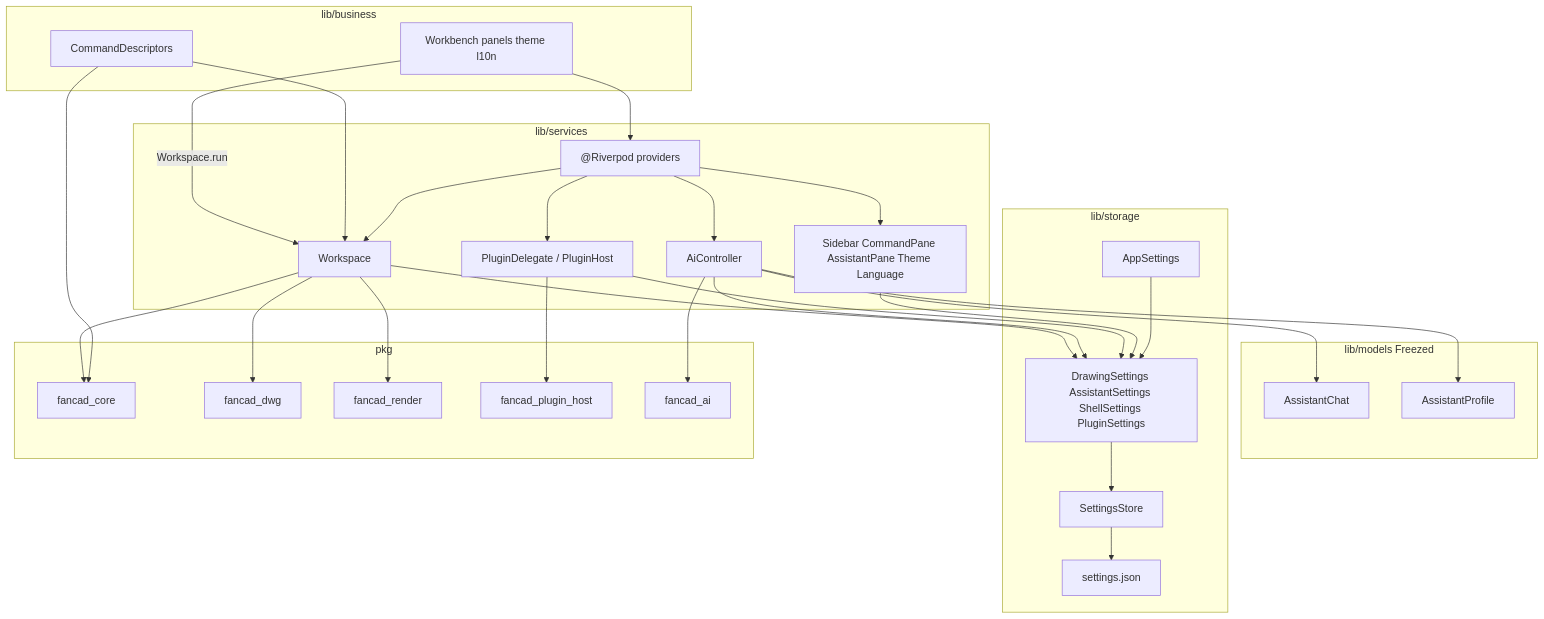
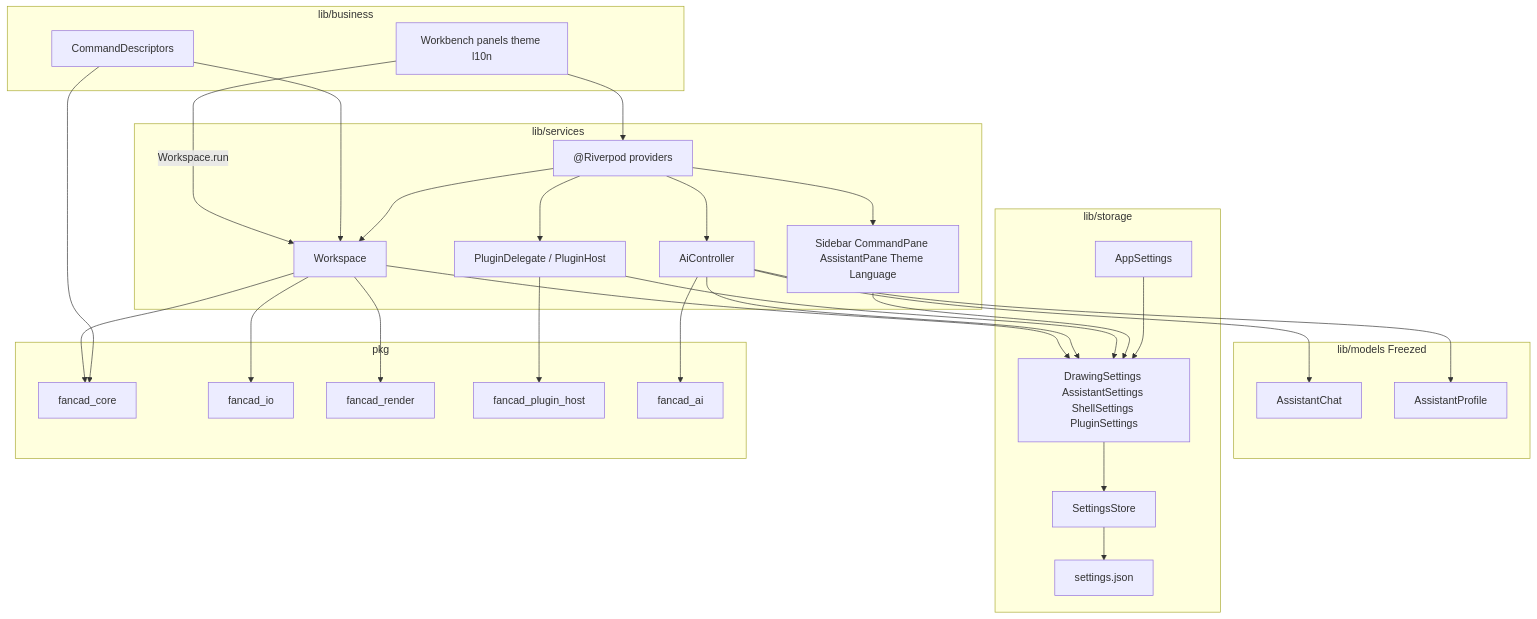
One commit to sjjian/FanCAD changed the first of 3 diagrams in README.md. Above: the diagram before and after it, drawn with Mermaid. The commit also changed other lines of this file and 129 other files, not shown here.

First line of the commit message:
update: rename fancad_dwg to fancad_io

````diff
--- a/README.md
+++ b/README.md
@@ -40,58 +40,58 @@
 ```mermaid
 flowchart TB
   subgraph ui [lib/business]
     workbench[Workbench panels theme l10n]
     commands[CommandDescriptors]
   end
 
   subgraph services [lib/services]
     providers["@Riverpod providers"]
     workspace[Workspace]
     ai[AiController]
     plugins[PluginDelegate / PluginHost]
     shell[Sidebar CommandPane AssistantPane Theme Language]
   end
 
   subgraph models [lib/models Freezed]
     chat[AssistantChat]
     profile[AssistantProfile]
   end
 
   subgraph storage [lib/storage]
     views[DrawingSettings AssistantSettings ShellSettings PluginSettings]
     app[AppSettings]
     store[SettingsStore]
     json["settings.json"]
   end
 
   subgraph pkg [pkg]
     core[fancad_core]
-    dwg[fancad_dwg]
+    io[fancad_io]
     render[fancad_render]
     host[fancad_plugin_host]
     agent[fancad_ai]
   end
 
   workbench --> providers
   workbench -->|"Workspace.run"| workspace
   commands --> workspace
   providers --> workspace
   providers --> ai
   providers --> plugins
   providers --> shell
   workspace --> views
   ai --> views
   ai --> chat
   ai --> profile
   plugins --> views
   shell --> views
   views --> store
   app --> views
   store --> json
   workspace --> core
-  workspace --> dwg
+  workspace --> io
   workspace --> render
   plugins --> host
   ai --> agent
   commands --> core
 ```
````
